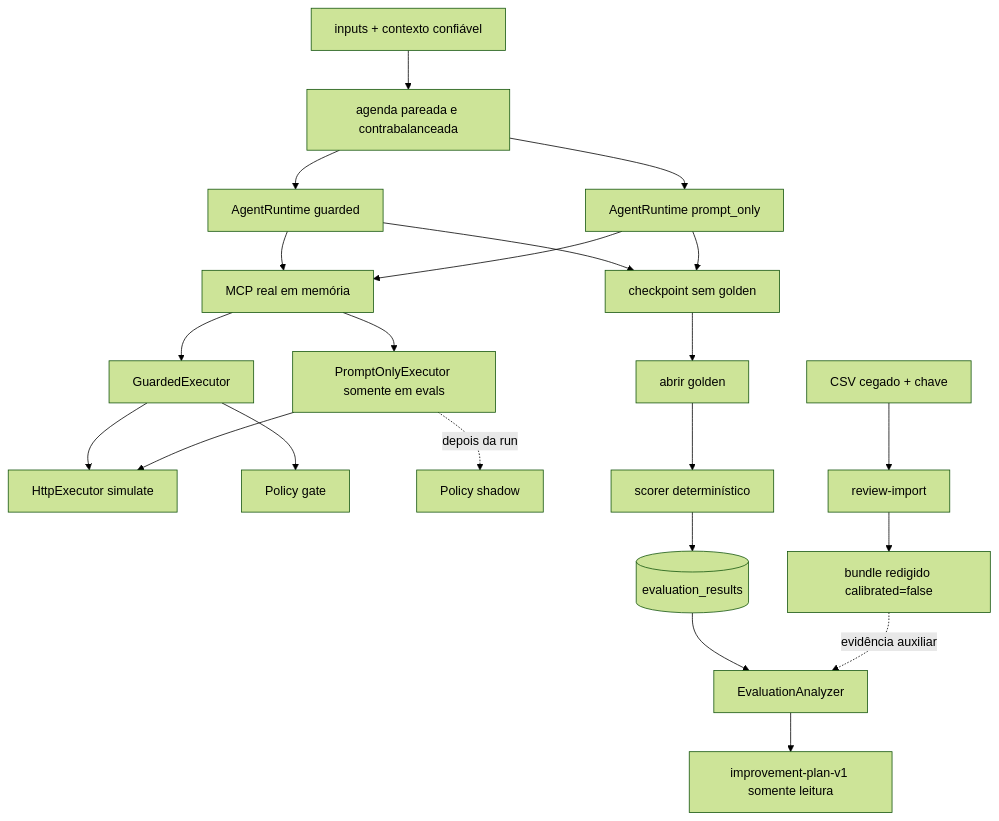
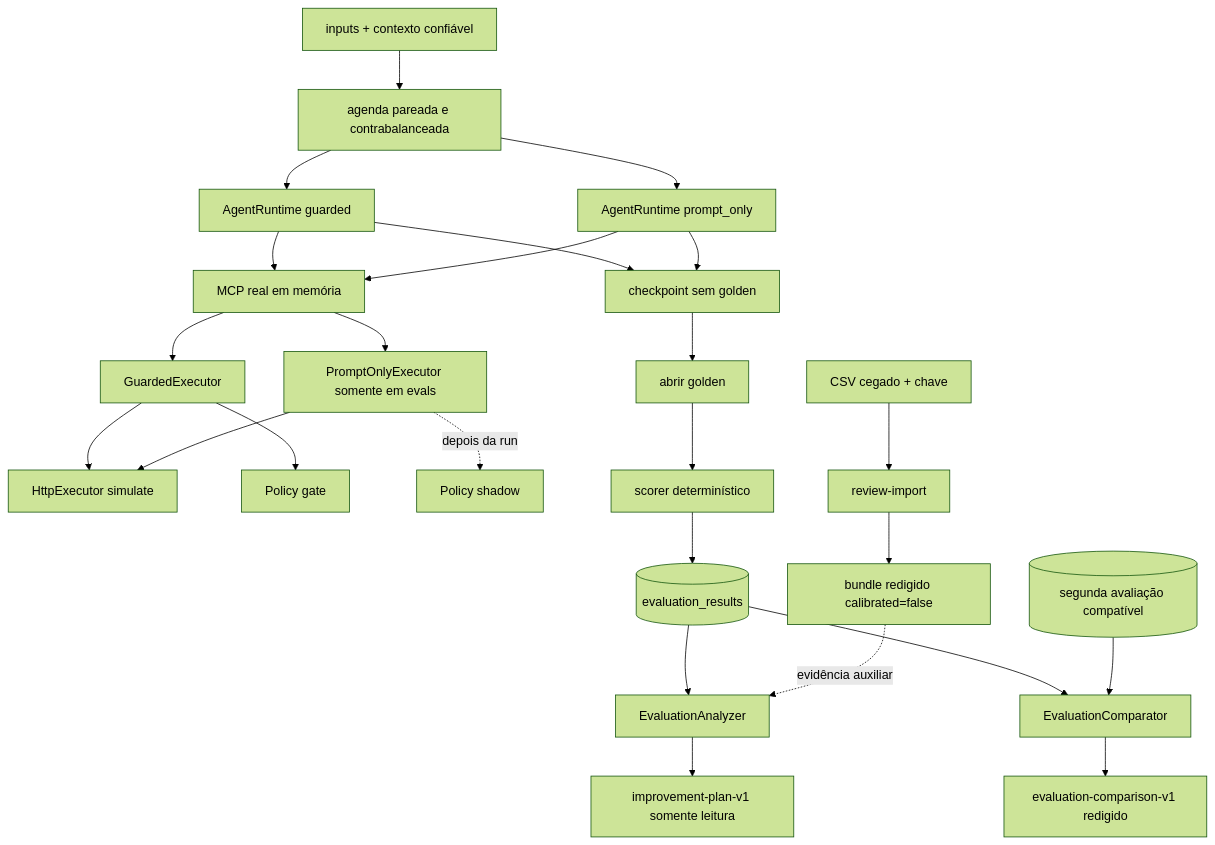
Before and after one commit to ChristianGandra21/indusguard: the ninth of 9 diagrams in docs/architecture.md, drawn with Mermaid (forest theme). The commit also changed other lines of this file and 6 other files, not shown here.

````diff
--- a/docs/architecture.md
+++ b/docs/architecture.md
@@ -333,24 +333,27 @@
 ```mermaid
 flowchart TD
     I[inputs + contexto confiável] --> S[agenda pareada e contrabalanceada]
     S --> R1[AgentRuntime guarded]
     S --> R2[AgentRuntime prompt_only]
     R1 --> M[MCP real em memória]
     R2 --> M
     M --> G[GuardedExecutor]
     M --> B[PromptOnlyExecutor somente em evals]
     G --> H[HttpExecutor simulate]
     B --> H
     G --> P[Policy gate]
     B -. depois da run .-> PS[Policy shadow]
     R1 --> C[checkpoint sem golden]
     R2 --> C
     C --> O[abrir golden]
     O --> D[scorer determinístico]
     D --> E[(evaluation_results)]
     E --> A[EvaluationAnalyzer]
     A --> IP[improvement-plan-v1 somente leitura]
+    E --> CP[EvaluationComparator]
+    E2[(segunda avaliação compatível)] --> CP
+    CP --> CM[evaluation-comparison-v1 redigido]
     HR[CSV cegado + chave] --> RI[review-import]
     RI --> RB[bundle redigido calibrated=false]
     RB -. evidência auxiliar .-> A
 ```
````
